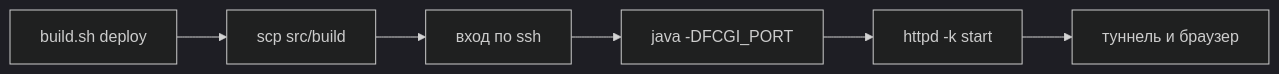
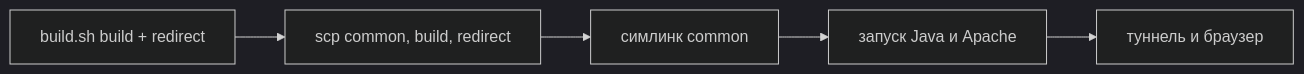
The second of 2 diagrams in 3_Web/lab2/README.md (sergeypugin/ITMO), drawn with Mermaid (dark theme) before and after one commit. The commit also changed other lines of this file and 4 other files, not shown here.

````diff
--- a/3_Web/lab2/README.md
+++ b/3_Web/lab2/README.md
@@ -121,4 +137,4 @@
 ```mermaid
 graph LR
-    A[build.sh deploy] --> B[scp src/build] --> C[вход по ssh] --> D[java -DFCGI_PORT] --> E[httpd -k start] --> F[туннель и браузер]
+    A[build.sh build + redirect] --> B[scp common, build, redirect] --> C[симлинк common] --> D[запуск Java и Apache] --> E[туннель и браузер]
 ```
````
